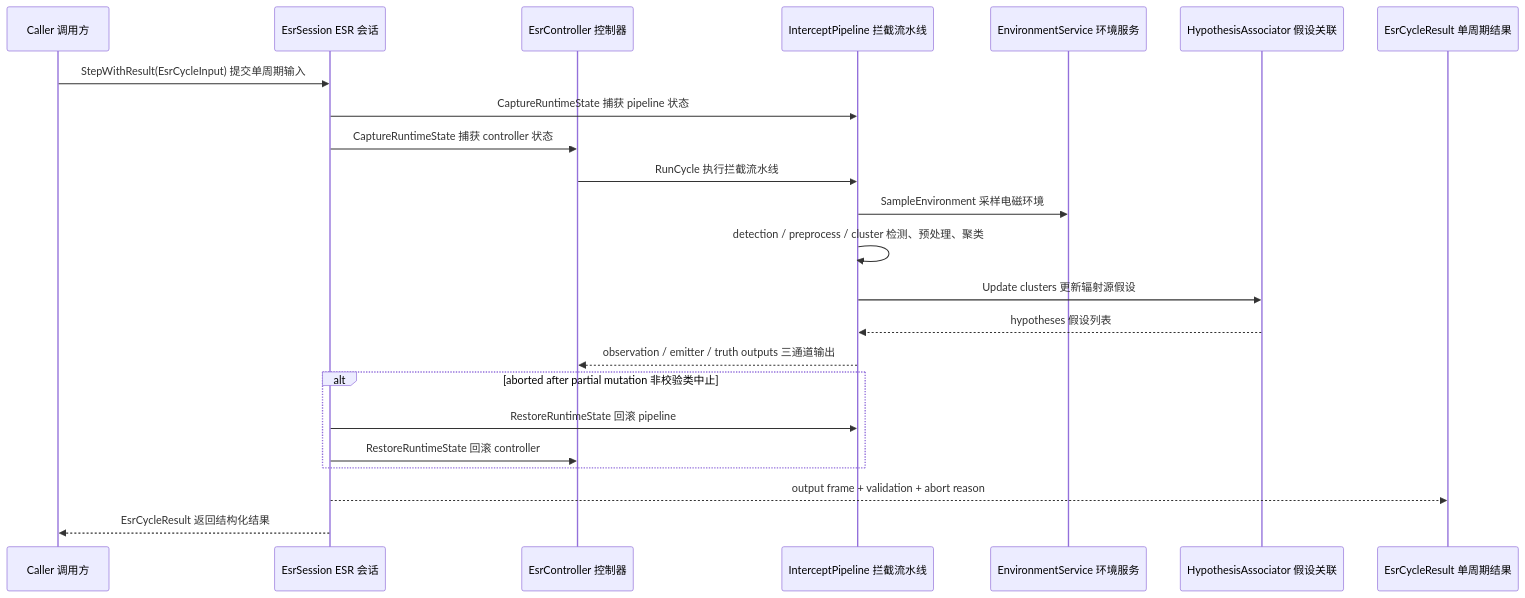
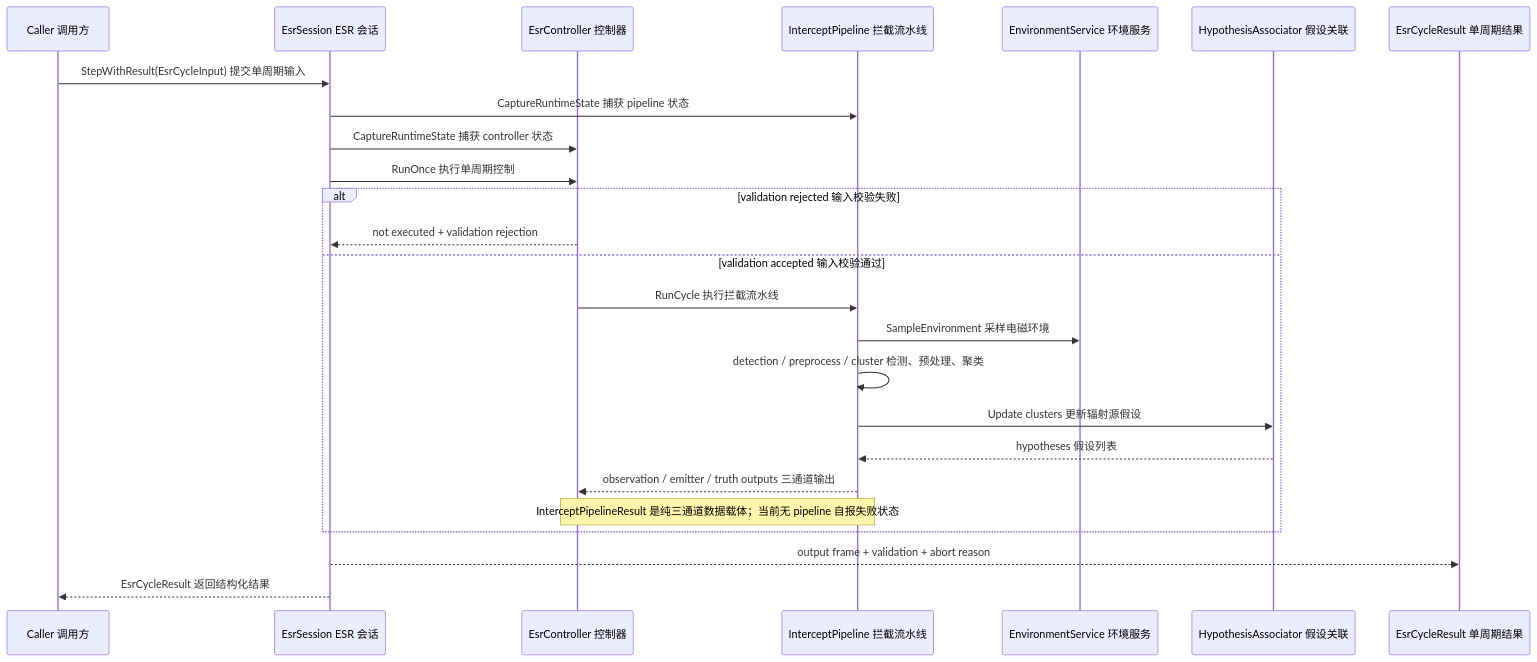
Before and after one commit to boilwater-3/1q: the second of 4 diagrams in docs/electronic_surveillance_radar/design.md, drawn with Mermaid. The commit also changed other lines of this file and 5 other files, not shown here.

Commit message:
docs(esr): clarify pipeline result contract

````diff
--- a/docs/electronic_surveillance_radar/design.md
+++ b/docs/electronic_surveillance_radar/design.md
@@ -101,26 +101,28 @@
 ```mermaid
 sequenceDiagram
   participant Caller as Caller 调用方
   participant Session as EsrSession ESR 会话
   participant Controller as EsrController 控制器
   participant Pipeline as InterceptPipeline 拦截流水线
   participant Env as EnvironmentService 环境服务
   participant Assoc as HypothesisAssociator 假设关联
   participant Result as EsrCycleResult 单周期结果
 
   Caller->>Session: StepWithResult(EsrCycleInput) 提交单周期输入
   Session->>Pipeline: CaptureRuntimeState 捕获 pipeline 状态
   Session->>Controller: CaptureRuntimeState 捕获 controller 状态
+  Session->>Controller: RunOnce 执行单周期控制
+  alt validation rejected 输入校验失败
+    Controller-->>Session: not executed + validation rejection
+  else validation accepted 输入校验通过
   Controller->>Pipeline: RunCycle 执行拦截流水线
   Pipeline->>Env: SampleEnvironment 采样电磁环境
   Pipeline->>Pipeline: detection / preprocess / cluster 检测、预处理、聚类
   Pipeline->>Assoc: Update clusters 更新辐射源假设
   Assoc-->>Pipeline: hypotheses 假设列表
   Pipeline-->>Controller: observation / emitter / truth outputs 三通道输出
-  alt aborted after partial mutation 非校验类中止
-    Session->>Pipeline: RestoreRuntimeState 回滚 pipeline
-    Session->>Controller: RestoreRuntimeState 回滚 controller
+  note over Pipeline,Controller: InterceptPipelineResult 是纯三通道数据载体；当前无 pipeline 自报失败状态
   end
   Session-->>Result: output frame + validation + abort reason
   Session-->>Caller: EsrCycleResult 返回结构化结果
 ```
````
